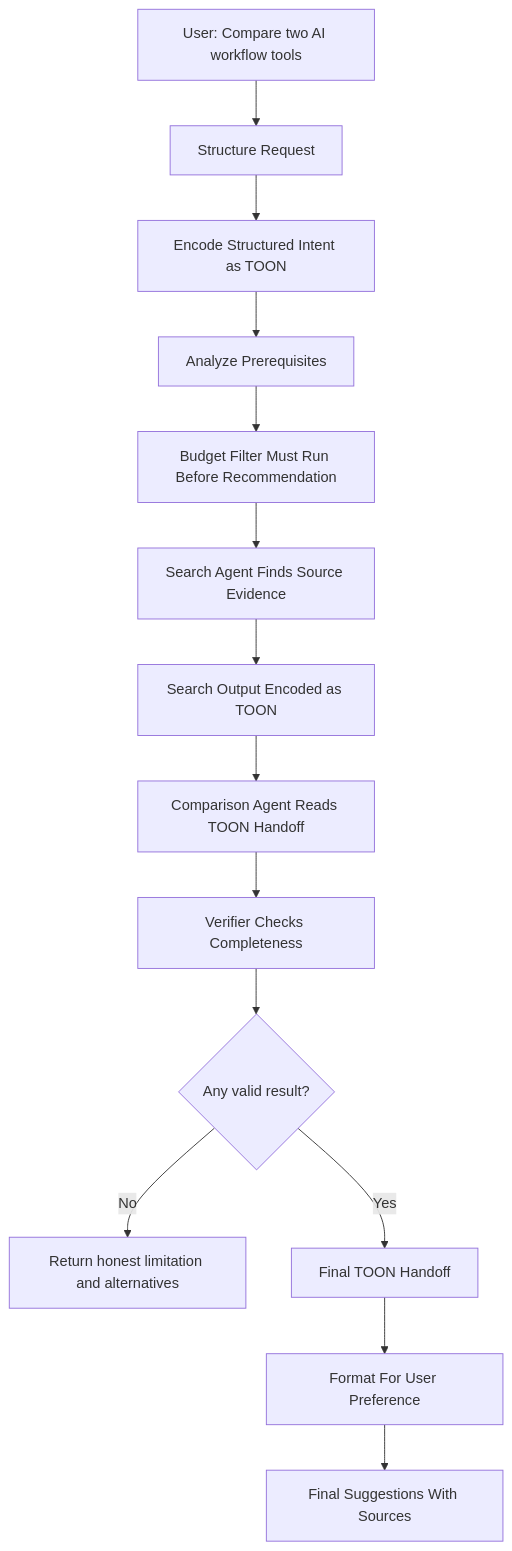
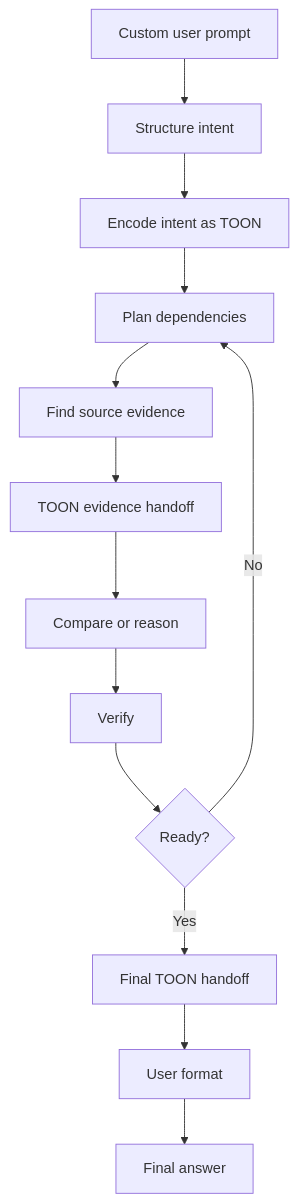
Before and after one commit to Hassaan146/agentic-ai-workflow: the tenth of 10 diagrams in docs/diagrams.md, drawn with Mermaid. The commit also changed other lines of this file, not shown here.

Commit message:
Make diagrams PDF export friendly

````diff
--- a/docs/diagrams.md
+++ b/docs/diagrams.md
@@ -148,16 +166,15 @@
 ```mermaid
 flowchart TD
-    A["User: Compare two AI workflow tools"] --> B["Structure Request"]
-    B --> C["Encode Structured Intent as TOON"]
-    C --> D["Analyze Prerequisites"]
-    D --> E["Budget Filter Must Run Before Recommendation"]
-    E --> F["Search Agent Finds Source Evidence"]
-    F --> G["Search Output Encoded as TOON"]
-    G --> H["Comparison Agent Reads TOON Handoff"]
-    H --> I["Verifier Checks Completeness"]
-    I --> Q{"Any valid result?"}
-    Q -->|No| R["Return honest limitation and alternatives"]
-    Q -->|Yes| S["Final TOON Handoff"]
-    S --> T["Format For User Preference"]
-    T --> U["Final Suggestions With Sources"]
+    A["Custom user prompt"] --> B["Structure intent"]
+    B --> C["Encode intent as TOON"]
+    C --> D["Plan dependencies"]
+    D --> E["Find source evidence"]
+    E --> F["TOON evidence handoff"]
+    F --> G["Compare or reason"]
+    G --> H["Verify"]
+    H --> I{"Ready?"}
+    I -->|No| D
+    I -->|Yes| J["Final TOON handoff"]
+    J --> K["User format"]
+    K --> L["Final answer"]
 ```
````
